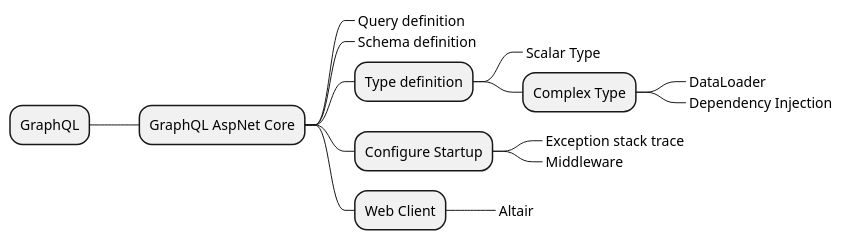
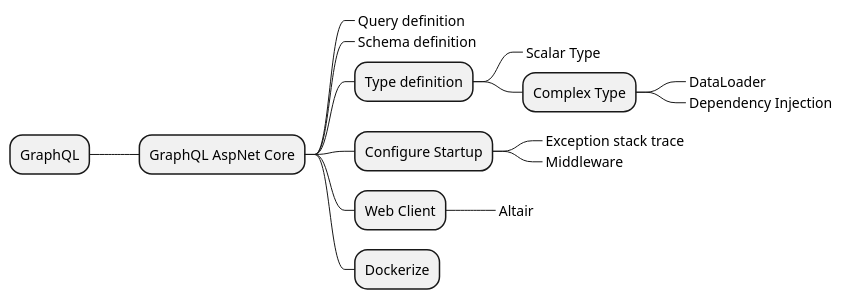
One commit to diplomegalo/roadmap changed the diagram in diagram/themes/graphql.puml. Above: the diagram before and after it, drawn with PlantUML. The commit also changed 6 other files, not shown here.

```diff
--- a/diagram/themes/graphql.puml
+++ b/diagram/themes/graphql.puml
@@ -1,24 +1,26 @@
 @startmindmap
 * GraphQL
 
 ** GraphQL AspNet Core
 
 ***_ Query definition 
 ***_ Schema definition
 
 *** Type definition
 
 ****_ Scalar Type
 **** Complex Type
 *****_ DataLoader
 *****_ Dependency Injection
 
 *** Configure Startup
 
 ****_ Exception stack trace
 ****_ Middleware
 
 *** Web Client
 
 ****_ Altair
+
+*** Dockerize
 @endmindmap
```
